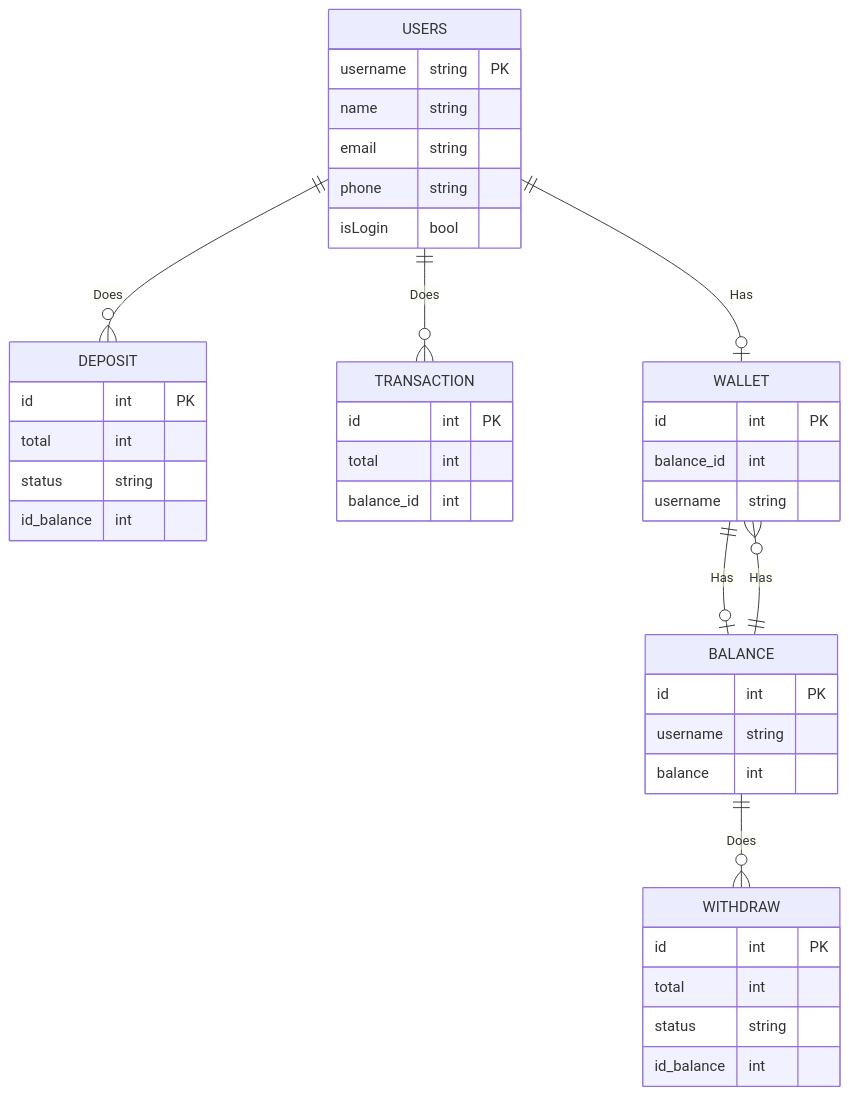
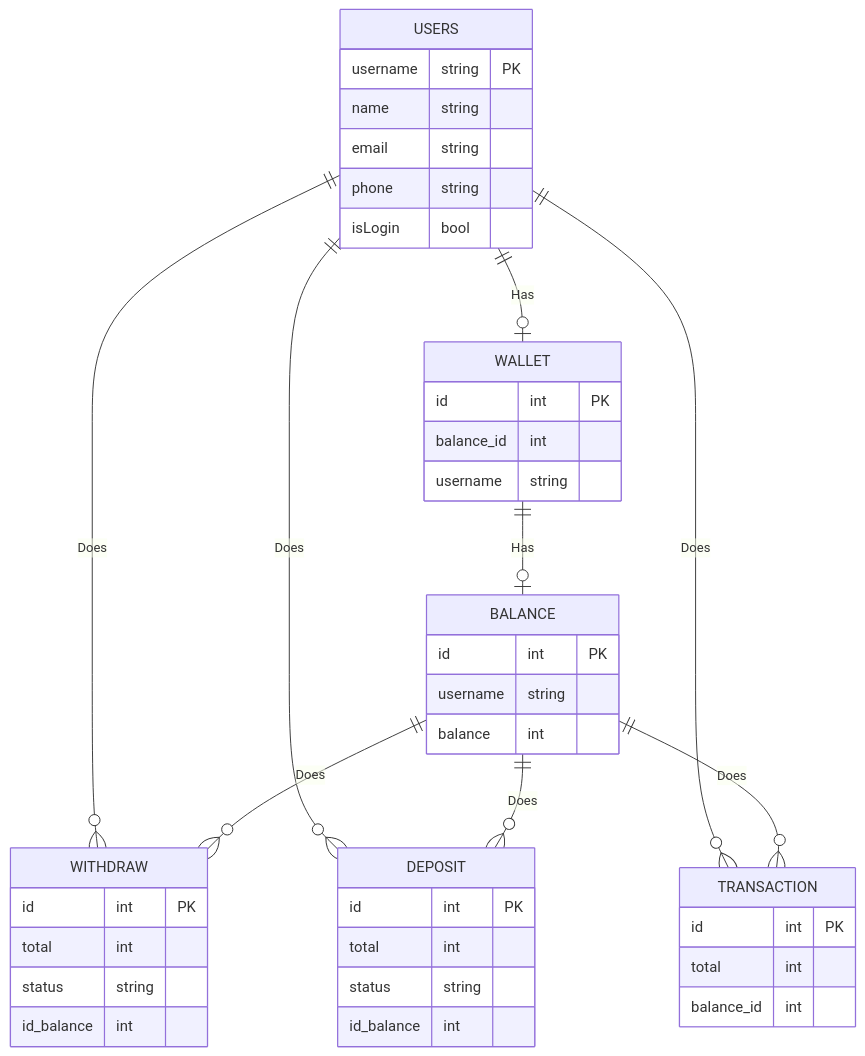
The diagram in MINITASK2.md (ariboss89/koda-b5-db2), drawn with Mermaid before and after one commit.

Commit message:
docs: adding diagram of e-wallet

````diff
--- a/MINITASK2.md
+++ b/MINITASK2.md
@@ -1,51 +1,53 @@
 ```mermaid
 erDiagram
 USERS{
   username string PK
   name string
   email string
   phone string
   isLogin bool
 }
 
 DEPOSIT{
   id int PK
   total int
   status string
   id_balance int
 }
 
 WITHDRAW{
   id int PK
   total int
   status string
   id_balance int
 }
 
 BALANCE{
   id int PK
   username string
   balance int
 }
 
 TRANSACTION{
   id int PK
   total int
   balance_id int
 }
 
 WALLET {
   id int PK
   balance_id int
   username string
 }
 
 USERS || --o|  WALLET : Has
 WALLET || --o| BALANCE: Has
 USERS || --o{ DEPOSIT: Does
 USERS || --o{ TRANSACTION: Does
+USERS || --o{ WITHDRAW: Does
 
 BALANCE || --o{ WITHDRAW: Does
-BALANCE || --o{ WALLET: Has
+BALANCE || --o{ DEPOSIT: Does
+BALANCE || --o{ TRANSACTION: Does
 
 ```
````
